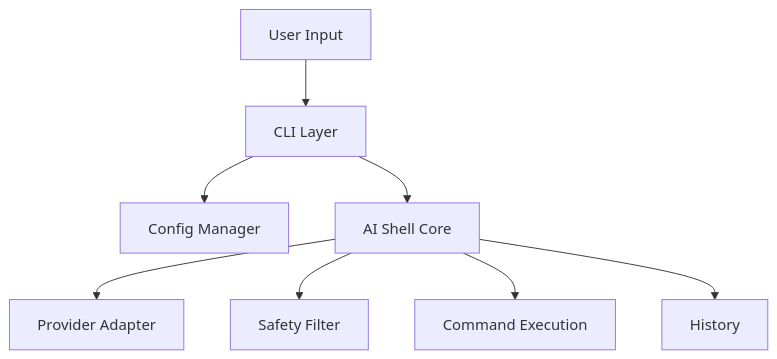
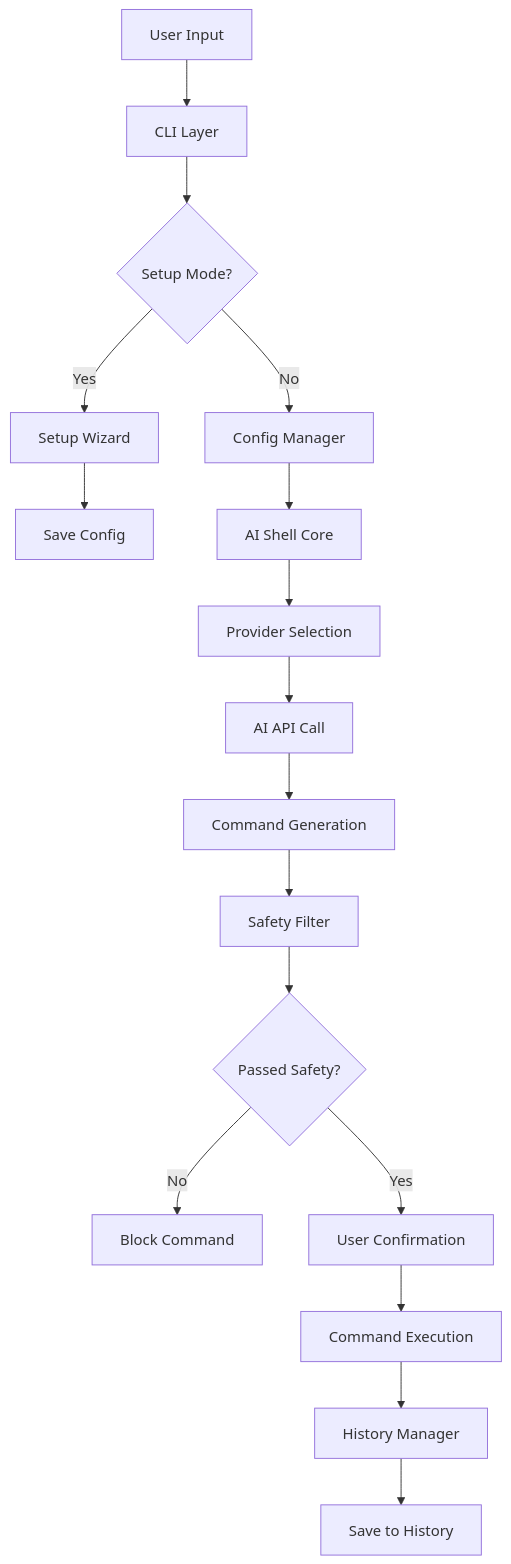
Before and after one commit to jefftrojan/nl-shell: the diagram in docs/architecture.md, drawn with Mermaid. The commit also changed other lines of this file and 9 other files, not shown here.

````diff
--- a/docs/architecture.md
+++ b/docs/architecture.md
@@ -26,10 +34,19 @@
 ```mermaid
 graph TD;
-  A[User Input] --> B[CLI Layer]
-  B --> C[Config Manager]
-  B --> D[AI Shell Core]
-  D --> E[Provider Adapter]
-  D --> F[Safety Filter]
-  D --> G[Command Execution]
-  D --> H[History]
+    A[User Input] --> B[CLI Layer]
+    B --> C{Setup Mode?}
+    C -->|Yes| D[Setup Wizard]
+    C -->|No| E[Config Manager]
+    D --> F[Save Config]
+    E --> G[AI Shell Core]
+    G --> H[Provider Selection]
+    H --> I[AI API Call]
+    I --> J[Command Generation]
+    J --> K[Safety Filter]
+    K --> L{Passed Safety?}
+    L -->|No| M[Block Command]
+    L -->|Yes| N[User Confirmation]
+    N --> O[Command Execution]
+    O --> P[History Manager]
+    P --> Q[Save to History]
 ```
````
